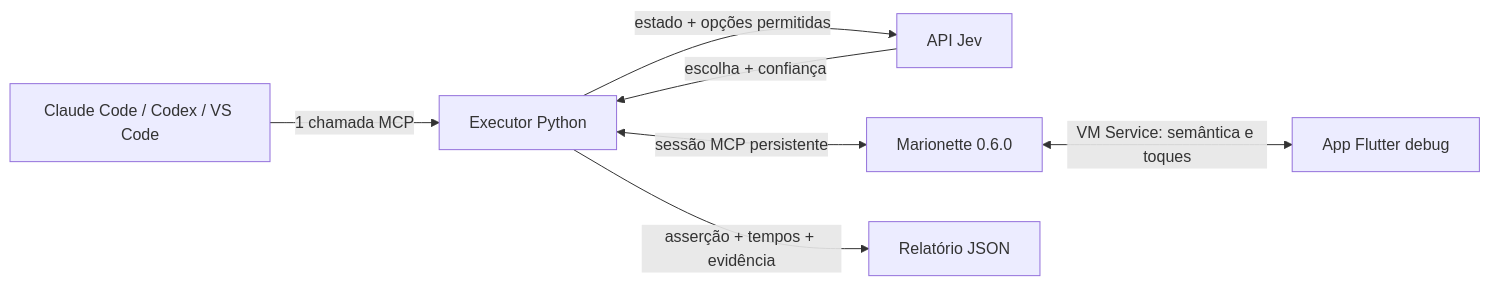
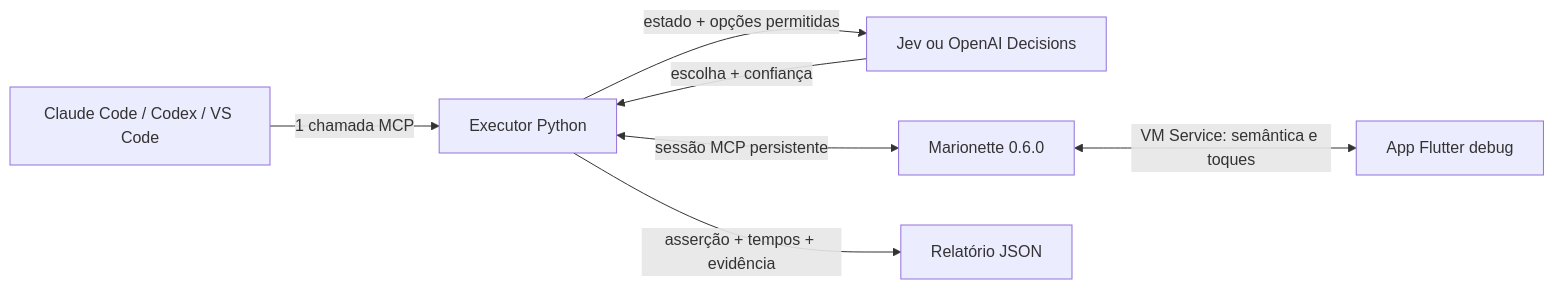
One commit to lucasgm1997/automation_with_llm_and_jev changed the diagram in README.md. Above: the diagram before and after it, drawn with Mermaid. The commit also changed other lines of this file and 8 other files, not shown here.

````diff
--- a/README.md
+++ b/README.md
@@ -12,9 +12,9 @@
 ```mermaid
 flowchart LR
     Agent[Claude Code / Codex / VS Code] -->|1 chamada MCP| Runner[Executor Python]
-    Runner -->|estado + opções permitidas| Jev[API Jev]
-    Jev -->|escolha + confiança| Runner
+    Runner -->|estado + opções permitidas| Policy[Jev ou OpenAI Decisions]
+    Policy -->|escolha + confiança| Runner
     Runner <-->|sessão MCP persistente| Marionette[Marionette 0.6.0]
     Marionette <-->|VM Service: semântica e toques| Flutter[App Flutter debug]
     Runner -->|asserção + tempos + evidência| Report[Relatório JSON]
 ```
````
